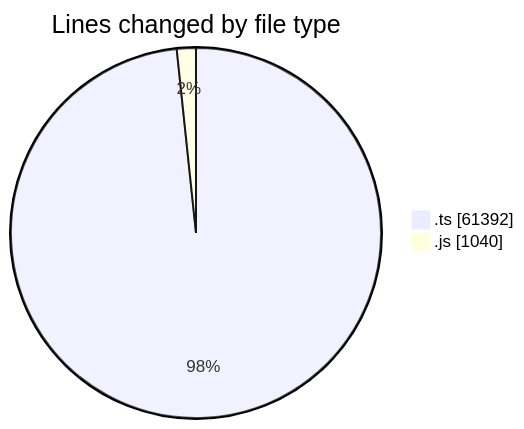
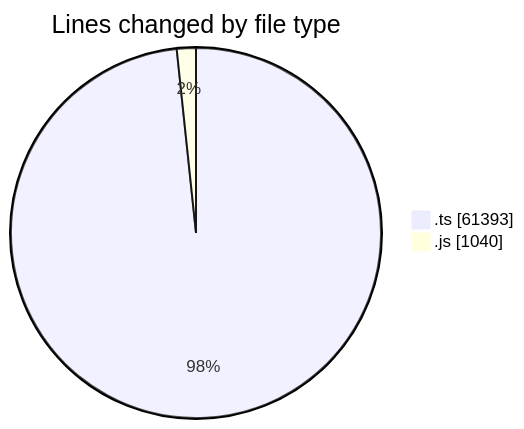
Before and after one commit to momahboobian/code-tracking: the first of 2 diagrams in 2025-09-29/cda/README.md, drawn with Mermaid. The commit also changed other lines of this file and 1 other file, not shown here.

````diff
--- a/2025-09-29/cda/README.md
+++ b/2025-09-29/cda/README.md
@@ -27,6 +27,6 @@
 ```mermaid
 pie showData
 title Lines changed by file type
-".ts" : 61392
+".ts" : 61393
 ".js" : 1040
 ```
````
